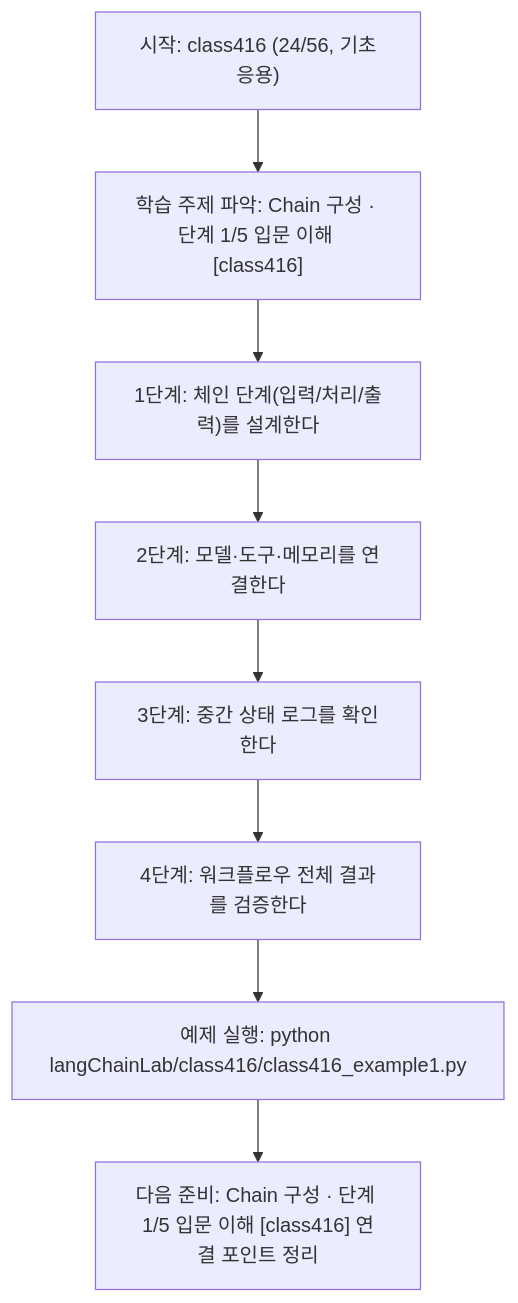
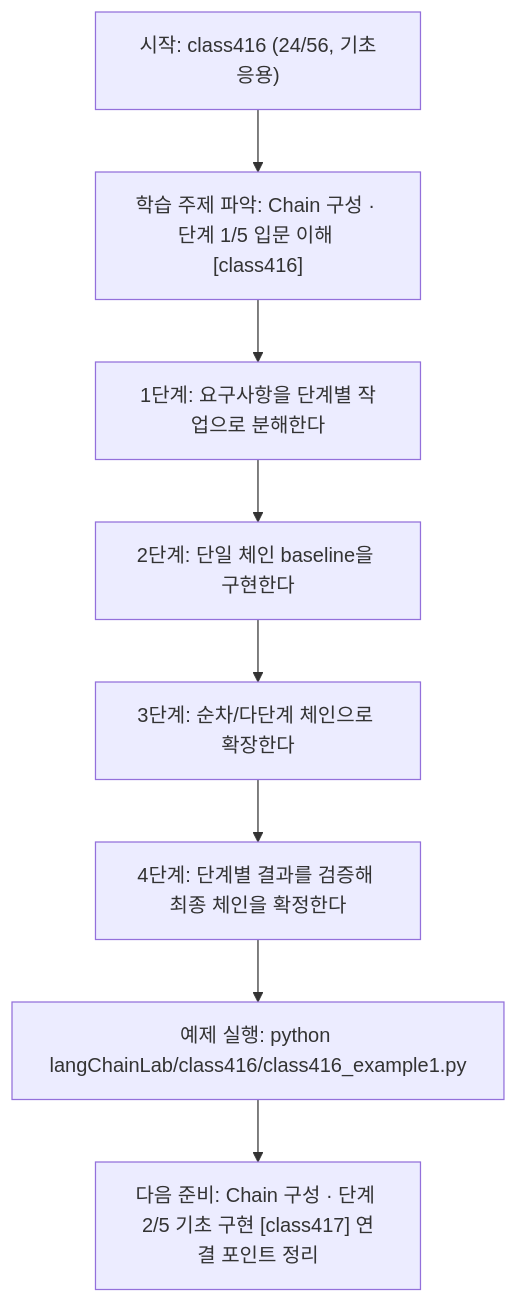
Before and after one commit to edumgt/Python-AI_Agent-Class: the diagram in langChainLab/class416/class416.md, drawn with Mermaid. The commit also changed other lines of this file and 395 other files, not shown here.

````diff
--- a/langChainLab/class416/class416.md
+++ b/langChainLab/class416/class416.md
@@ -109,18 +91,18 @@
 ```mermaid
 flowchart TD
 N1["시작: class416 (24/56, 기초응용)"]
 N2["학습 주제 파악: Chain 구성 · 단계 1/5 입문 이해 [class416]"]
-N3["1단계: 체인 단계(입력/처리/출력)를 설계한다"]
-N4["2단계: 모델·도구·메모리를 연결한다"]
-N5["3단계: 중간 상태 로그를 확인한다"]
-N6["4단계: 워크플로우 전체 결과를 검증한다"]
+N3["1단계: 요구사항을 단계별 작업으로 분해한다"]
+N4["2단계: 단일 체인 baseline을 구현한다"]
+N5["3단계: 순차/다단계 체인으로 확장한다"]
+N6["4단계: 단계별 결과를 검증해 최종 체인을 확정한다"]
 N7["예제 실행: python langChainLab/class416/class416_example1.py"]
-N8["다음 준비: Chain 구성 · 단계 1/5 입문 이해 [class416] 연결 포인트 정리"]
+N8["다음 준비: Chain 구성 · 단계 2/5 기초 구현 [class417] 연결 포인트 정리"]
 N1 --> N2
 N2 --> N3
 N3 --> N4
 N4 --> N5
 N5 --> N6
 N6 --> N7
 N7 --> N8
 ```
````
